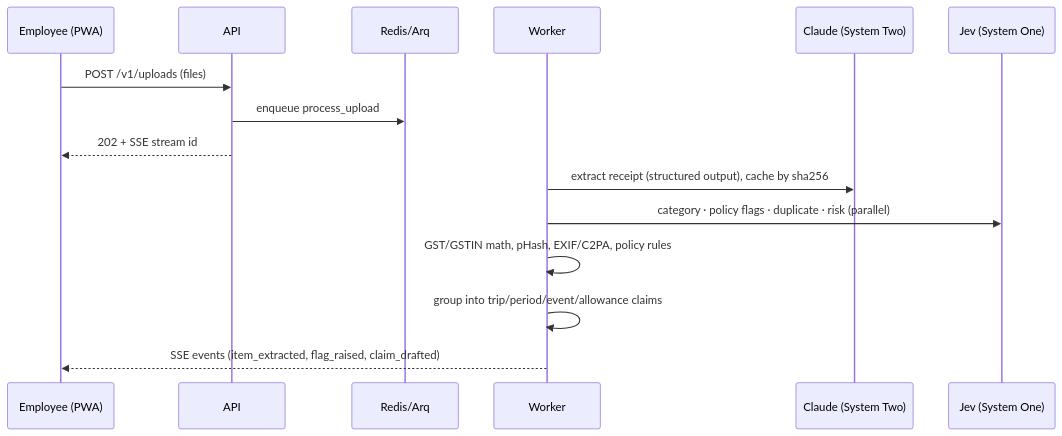
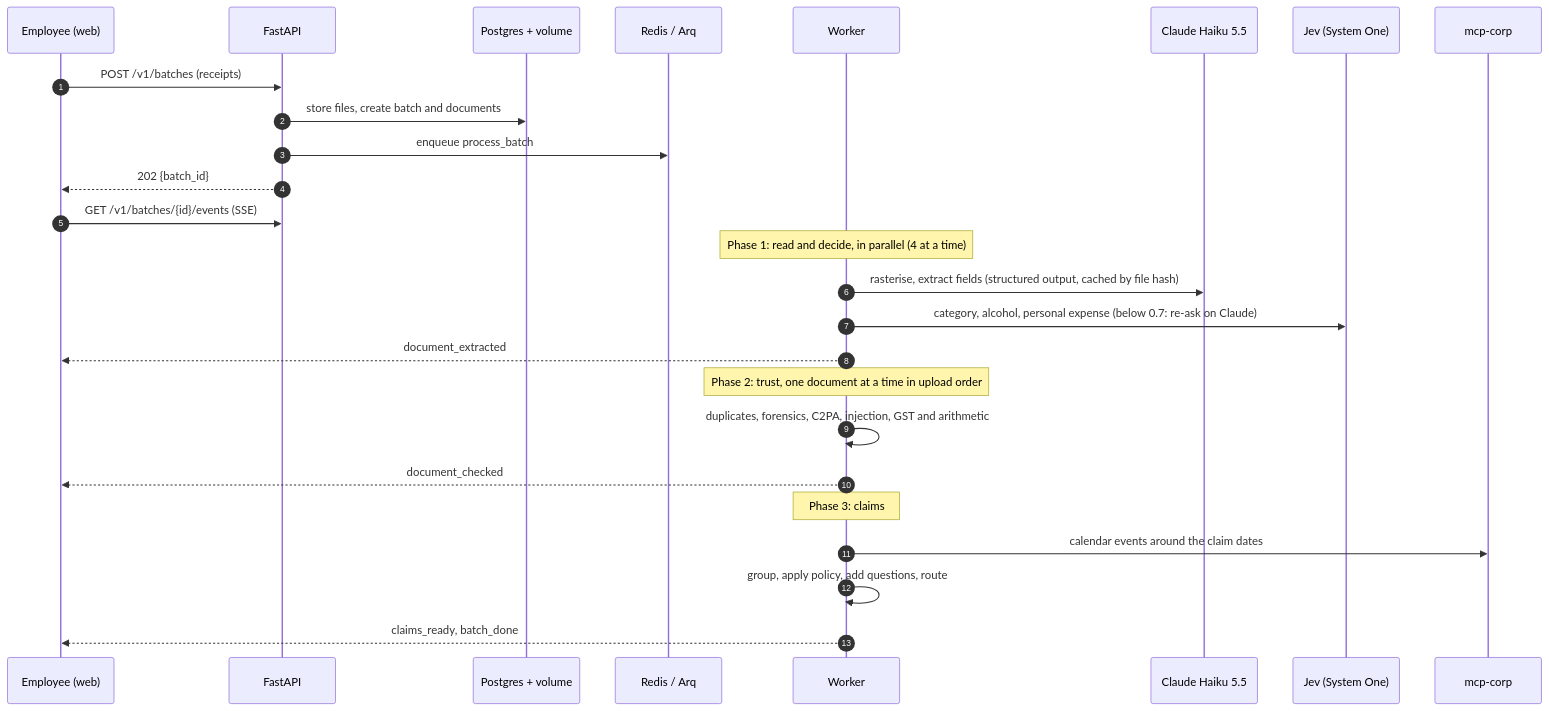
The third of 8 diagrams in docs/TECHNICAL_DESIGN.md (Shubham-Kanade/claimpilot), drawn with Mermaid before and after one commit. The commit also changed other lines of this file and 4 other files, not shown here.

````diff
--- a/docs/TECHNICAL_DESIGN.md
+++ b/docs/TECHNICAL_DESIGN.md
@@ -72,17 +103,28 @@
 ```mermaid
 sequenceDiagram
-  participant U as Employee (PWA)
-  participant API
-  participant Q as Redis/Arq
+  autonumber
+  participant U as Employee (web)
+  participant API as FastAPI
+  participant DB as Postgres + volume
+  participant Q as Redis / Arq
   participant WK as Worker
-  participant C as Claude (System Two)
+  participant C as Claude Haiku 5.5
   participant J as Jev (System One)
-  U->>API: POST /v1/uploads (files)
-  API->>Q: enqueue process_upload
-  API-->>U: 202 + SSE stream id
-  WK->>C: extract receipt (structured output), cache by sha256
-  WK->>J: category · policy flags · duplicate · risk (parallel)
-  WK->>WK: GST/GSTIN math, pHash, EXIF/C2PA, policy rules
-  WK->>WK: group into trip/period/event/allowance claims
-  WK-->>U: SSE events (item_extracted, flag_raised, claim_drafted)
+  participant MC as mcp-corp
+  U->>API: POST /v1/batches (receipts)
+  API->>DB: store files, create batch and documents
+  API->>Q: enqueue process_batch
+  API-->>U: 202 {batch_id}
+  U->>API: GET /v1/batches/{id}/events (SSE)
+  Note over WK: Phase 1: read and decide, in parallel (4 at a time)
+  WK->>C: rasterise, extract fields (structured output, cached by file hash)
+  WK->>J: category, alcohol, personal expense (below 0.7: re-ask on Claude)
+  WK-->>U: document_extracted
+  Note over WK: Phase 2: trust, one document at a time in upload order
+  WK->>WK: duplicates, forensics, C2PA, injection, GST and arithmetic
+  WK-->>U: document_checked
+  Note over WK: Phase 3: claims
+  WK->>MC: calendar events around the claim dates
+  WK->>WK: group, apply policy, add questions, route
+  WK-->>U: claims_ready, batch_done
 ```
````
